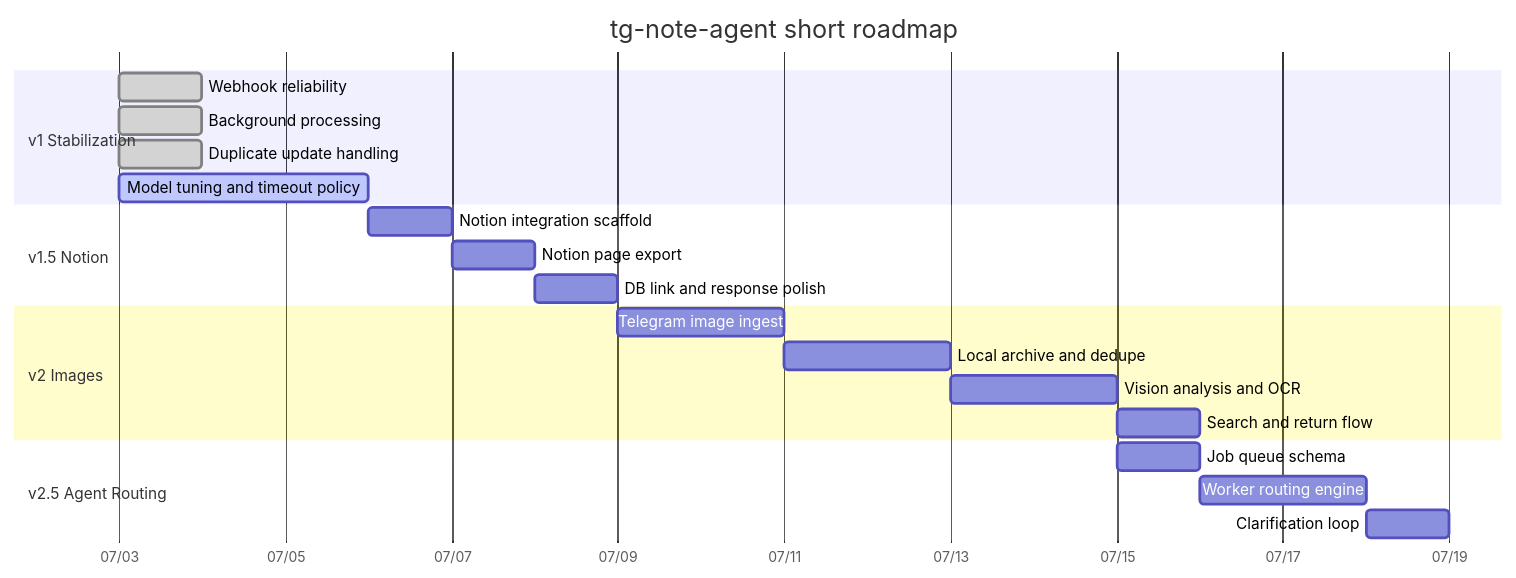
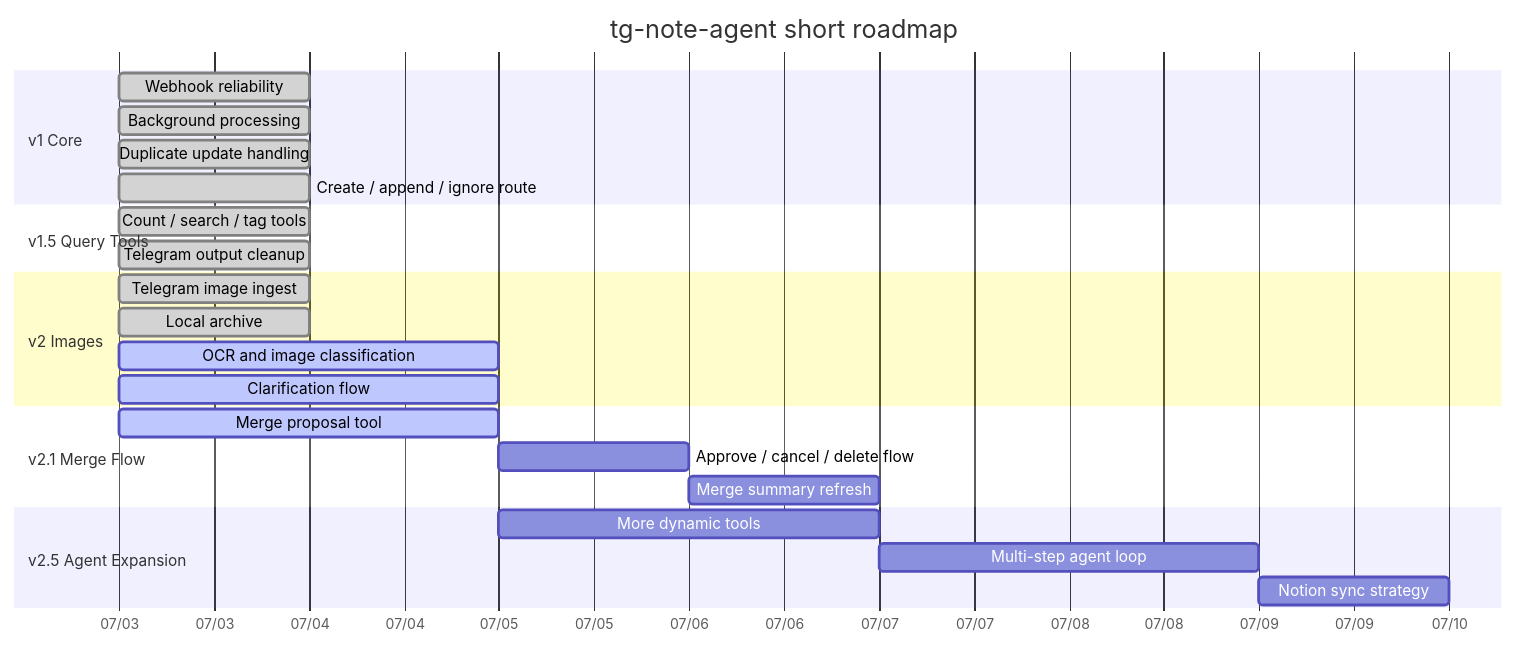
One commit to Transient-Onlooker/tg-note-agent changed the diagram in docs/ROADMAP.md. Above: the diagram before and after it, drawn with Mermaid. The commit also changed other lines of this file and 21 other files, not shown here.

````diff
--- a/docs/ROADMAP.md
+++ b/docs/ROADMAP.md
@@ -37,28 +31,32 @@
 ```mermaid
 gantt
     title tg-note-agent short roadmap
     dateFormat  YYYY-MM-DD
     axisFormat  %m/%d
 
-    section v1 Stabilization
+    section v1 Core
     Webhook reliability             :done, v1a, 2026-07-03, 1d
     Background processing           :done, v1b, 2026-07-03, 1d
     Duplicate update handling       :done, v1c, 2026-07-03, 1d
-    Model tuning and timeout policy :active, v1d, 2026-07-03, 3d
+    Create / append / ignore route  :done, v1d, 2026-07-03, 1d
 
-    section v1.5 Notion
-    Notion integration scaffold     :v15a, 2026-07-06, 1d
-    Notion page export              :v15b, after v15a, 1d
-    DB link and response polish     :v15c, after v15b, 1d
+    section v1.5 Query Tools
+    Count / search / tag tools      :done, v15a, 2026-07-03, 1d
+    Telegram output cleanup         :done, v15b, 2026-07-03, 1d
 
     section v2 Images
-    Telegram image ingest           :v2a, 2026-07-09, 2d
-    Local archive and dedupe        :v2b, after v2a, 2d
-    Vision analysis and OCR         :v2c, after v2b, 2d
-    Search and return flow          :v2d, after v2c, 1d
+    Telegram image ingest           :done, v2a, 2026-07-03, 1d
+    Local archive                   :done, v2b, 2026-07-03, 1d
+    OCR and image classification    :active, v2c, 2026-07-03, 2d
+    Clarification flow              :active, v2d, 2026-07-03, 2d
 
-    section v2.5 Agent Routing
-    Job queue schema                :v25a, 2026-07-15, 1d
-    Worker routing engine           :v25b, after v25a, 2d
-    Clarification loop              :v25c, after v25b, 1d
+    section v2.1 Merge Flow
+    Merge proposal tool             :active, v21a, 2026-07-03, 2d
+    Approve / cancel / delete flow  :v21b, after v21a, 1d
+    Merge summary refresh           :v21c, after v21b, 1d
+
+    section v2.5 Agent Expansion
+    More dynamic tools              :v25a, 2026-07-05, 2d
+    Multi-step agent loop           :v25b, after v25a, 2d
+    Notion sync strategy            :v25c, after v25b, 1d
 ```
````
